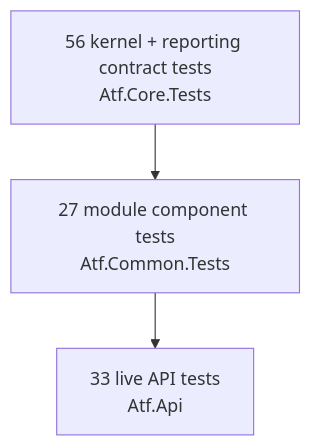
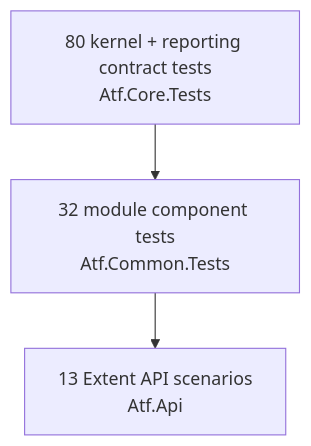
The third of 4 diagrams in Atf.Tests/README.md (crististefanita/CS1), drawn with Mermaid before and after one commit. The commit also changed other lines of this file and 64 other files, not shown here.

Commit message:
Refine API and reporting architecture

````diff
--- a/Atf.Tests/README.md
+++ b/Atf.Tests/README.md
@@ -113,7 +118,7 @@
 ```mermaid
 flowchart TB
-    L[33 live API tests\nAtf.Api]
-    C[27 module component tests\nAtf.Common.Tests]
-    U[56 kernel + reporting contract tests\nAtf.Core.Tests]
+    L[13 Extent API scenarios\nAtf.Api]
+    C[32 module component tests\nAtf.Common.Tests]
+    U[80 kernel + reporting contract tests\nAtf.Core.Tests]
     U --> C --> L
 ```
````
